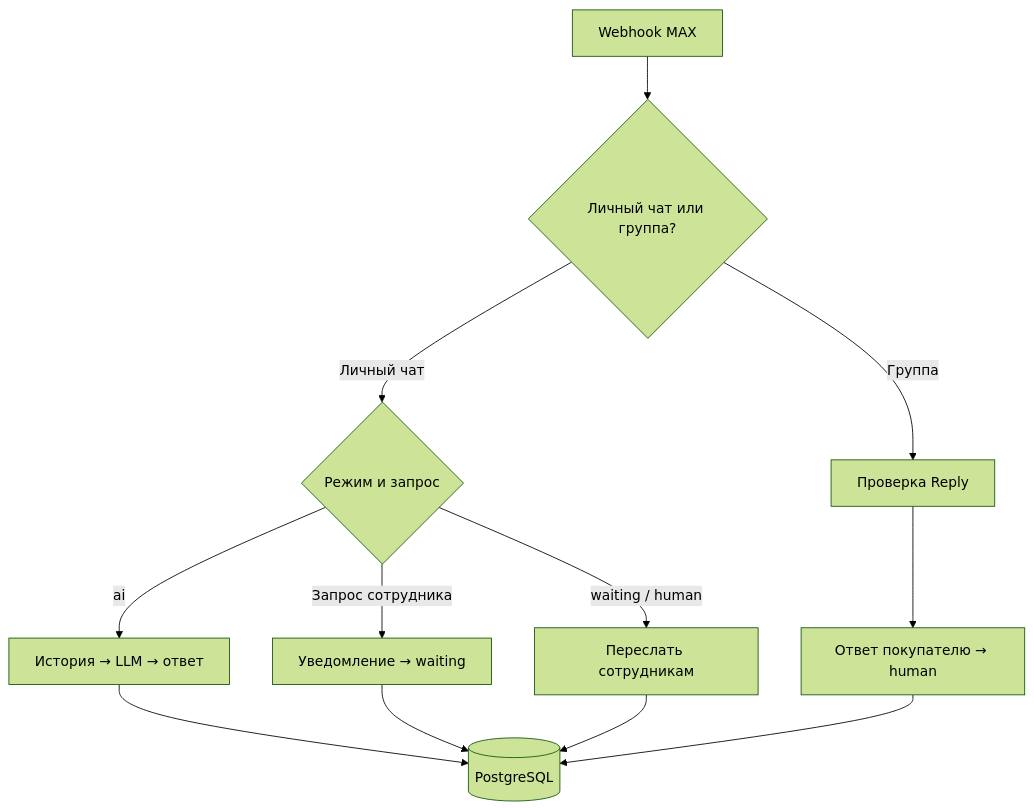
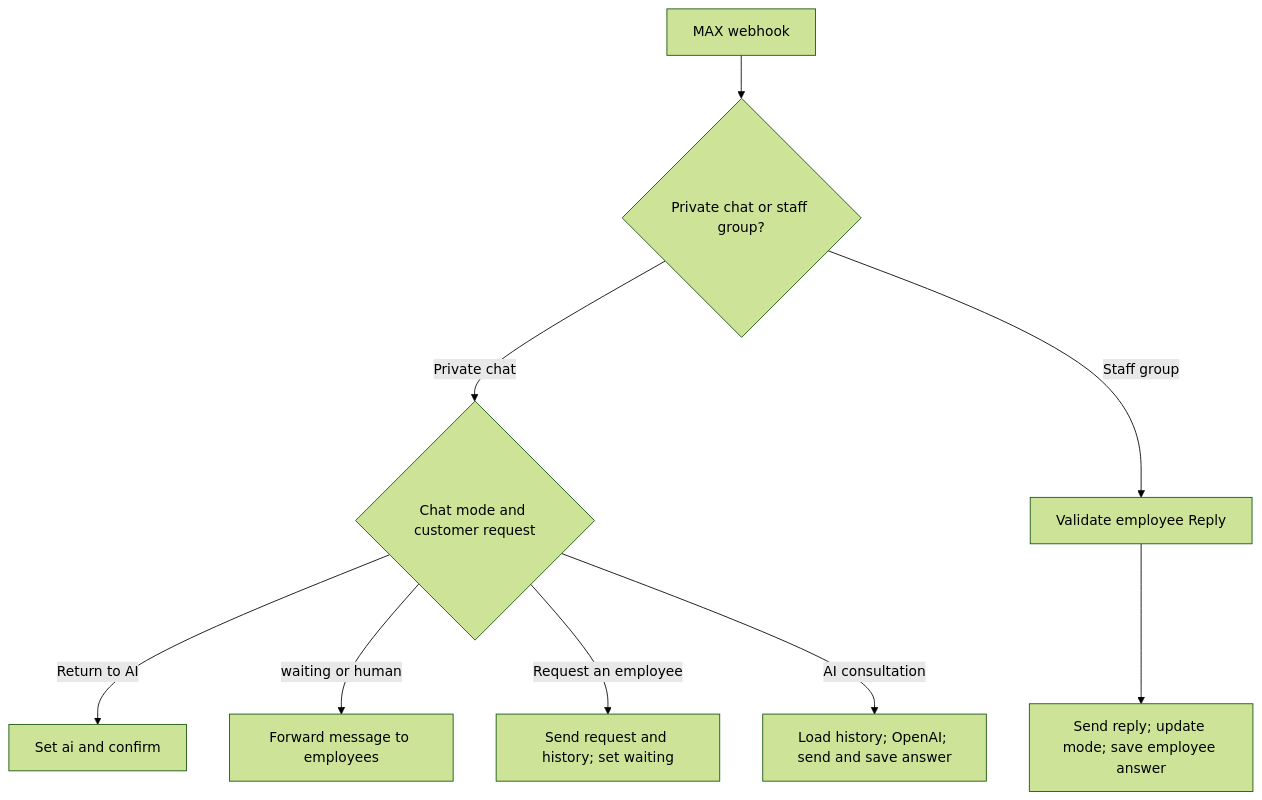
Before and after one commit to AlexZaytsev-ai/Barrier-MAX-AI-Assistant: the diagram in README.md, drawn with Mermaid (forest theme). The commit also changed other lines of this file and 2 other files, not shown here.

````diff
--- a/README.md
+++ b/README.md
@@ -35,14 +31,11 @@
 ```mermaid
 flowchart TD
-  W["Webhook MAX"] --> R{"Личный чат или группа?"}
-  R -->|Личный чат| M{"Режим и запрос"}
-  M -->|ai| A["История → LLM → ответ"]
-  M -->|Запрос сотрудника| H["Уведомление → waiting"]
-  M -->|waiting / human| F["Переслать сотрудникам"]
-  R -->|Группа| V["Проверка Reply"]
-  V --> E["Ответ покупателю → human"]
-  A --> P[("PostgreSQL")]
-  H --> P
-  F --> P
-  E --> P
+    A["MAX webhook"] --> B{"Private chat or staff group?"}
+    B -->|Private chat| C{"Chat mode and customer request"}
+    C -->|Return to AI| D["Set ai and confirm"]
+    C -->|waiting or human| E["Forward message to employees"]
+    C -->|Request an employee| F["Send request and history; set waiting"]
+    C -->|AI consultation| G["Load history; OpenAI; send and save answer"]
+    B -->|Staff group| H["Validate employee Reply"]
+    H --> I["Send reply; update mode; save employee answer"]
 ```
````
